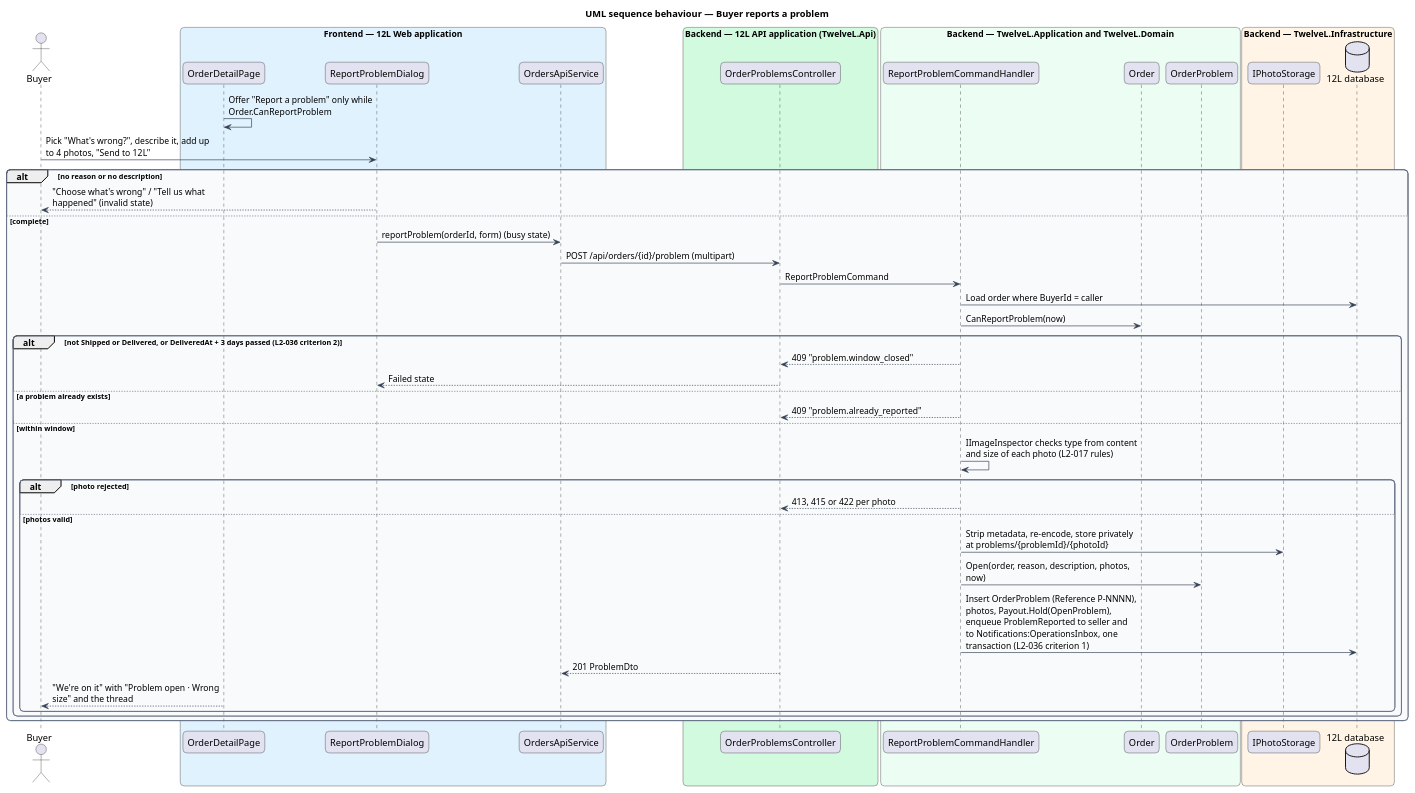
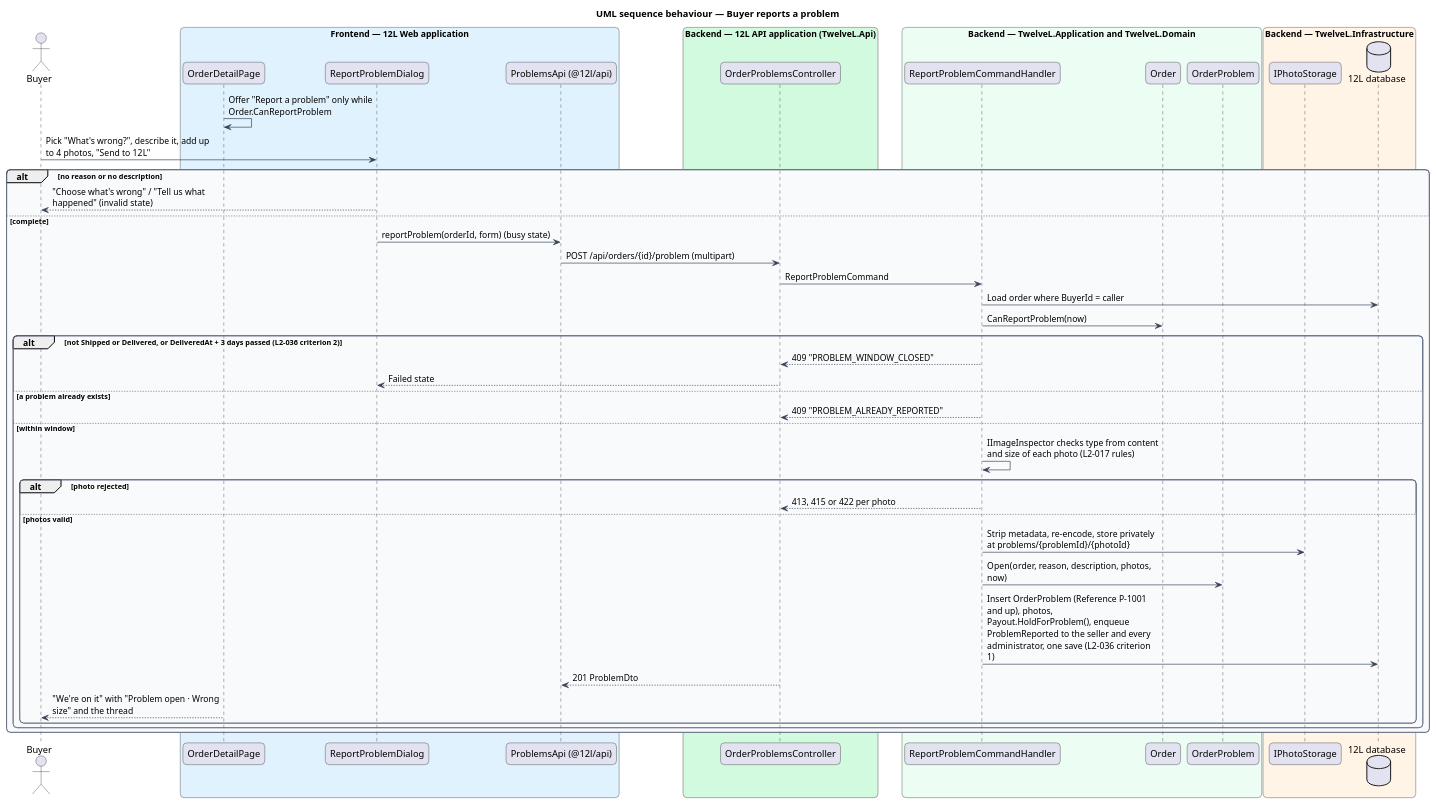
One commit to QuinntyneBrown/12l changed the diagram in docs/detailed-designs/orders/resolve-order-problems/diagrams/sequence-report-problem.puml. Above: the diagram before and after it, drawn with PlantUML. The commit also changed 76 other files, not shown here.

Commit message:
Document resolve-order-problems: design, ADR orders/0007, L2-036, design system, composition, mocks, estimates

```diff
--- a/docs/detailed-designs/orders/resolve-order-problems/diagrams/sequence-report-problem.puml
+++ b/docs/detailed-designs/orders/resolve-order-problems/diagrams/sequence-report-problem.puml
@@ -1,65 +1,65 @@
 @startuml
 title UML sequence behaviour — Buyer reports a problem
 skinparam backgroundColor #FFFFFF
 skinparam shadowing false
 skinparam roundcorner 12
 skinparam defaultFontName Arial
 skinparam ArrowColor #344054
 skinparam rectangle {
   BorderColor #344054
   FontColor #101828
 }
 skinparam package {
   BorderColor #667085
   FontColor #101828
   BackgroundColor #F9FAFB
 }
 skinparam sequenceMessageAlign left
 skinparam maxMessageSize 260
 actor "Buyer" as actor
 box "Frontend — 12L Web application" #E0F2FE
   participant "OrderDetailPage" as page
   participant "ReportProblemDialog" as dlg
-  participant "OrdersApiService" as client
+  participant "ProblemsApi (@12l/api)" as client
 end box
 box "Backend — 12L API application (TwelveL.Api)" #D1FADF
   participant "OrderProblemsController" as ctrl
 end box
 box "Backend — TwelveL.Application and TwelveL.Domain" #ECFDF3
   participant "ReportProblemCommandHandler" as h
   participant "Order" as order
   participant "OrderProblem" as prob
 end box
 box "Backend — TwelveL.Infrastructure" #FFF4E5
   participant "IPhotoStorage" as store
   database "12L database" as db
 end box
 page -> page : Offer "Report a problem" only while Order.CanReportProblem
 actor -> dlg : Pick "What's wrong?", describe it, add up to 4 photos, "Send to 12L"
 alt no reason or no description
   dlg --> actor : "Choose what's wrong" / "Tell us what happened" (invalid state)
 else complete
   dlg -> client : reportProblem(orderId, form) (busy state)
   client -> ctrl : POST /api/orders/{id}/problem (multipart)
   ctrl -> h : ReportProblemCommand
   h -> db : Load order where BuyerId = caller
   h -> order : CanReportProblem(now)
   alt not Shipped or Delivered, or DeliveredAt + 3 days passed (L2-036 criterion 2)
-    h --> ctrl : 409 "problem.window_closed"
+    h --> ctrl : 409 "PROBLEM_WINDOW_CLOSED"
     ctrl --> dlg : Failed state
   else a problem already exists
-    h --> ctrl : 409 "problem.already_reported"
+    h --> ctrl : 409 "PROBLEM_ALREADY_REPORTED"
   else within window
     h -> h : IImageInspector checks type from content and size of each photo (L2-017 rules)
     alt photo rejected
       h --> ctrl : 413, 415 or 422 per photo
     else photos valid
       h -> store : Strip metadata, re-encode, store privately at problems/{problemId}/{photoId}
       h -> prob : Open(order, reason, description, photos, now)
-      h -> db : Insert OrderProblem (Reference P-NNNN), photos, Payout.Hold(OpenProblem), enqueue ProblemReported to seller and to Notifications:OperationsInbox, one transaction (L2-036 criterion 1)
+      h -> db : Insert OrderProblem (Reference P-1001 and up), photos, Payout.HoldForProblem(), enqueue ProblemReported to the seller and every administrator, one save (L2-036 criterion 1)
       ctrl --> client : 201 ProblemDto
       page --> actor : "We're on it" with "Problem open · Wrong size" and the thread
     end
   end
 end
 @enduml
```
